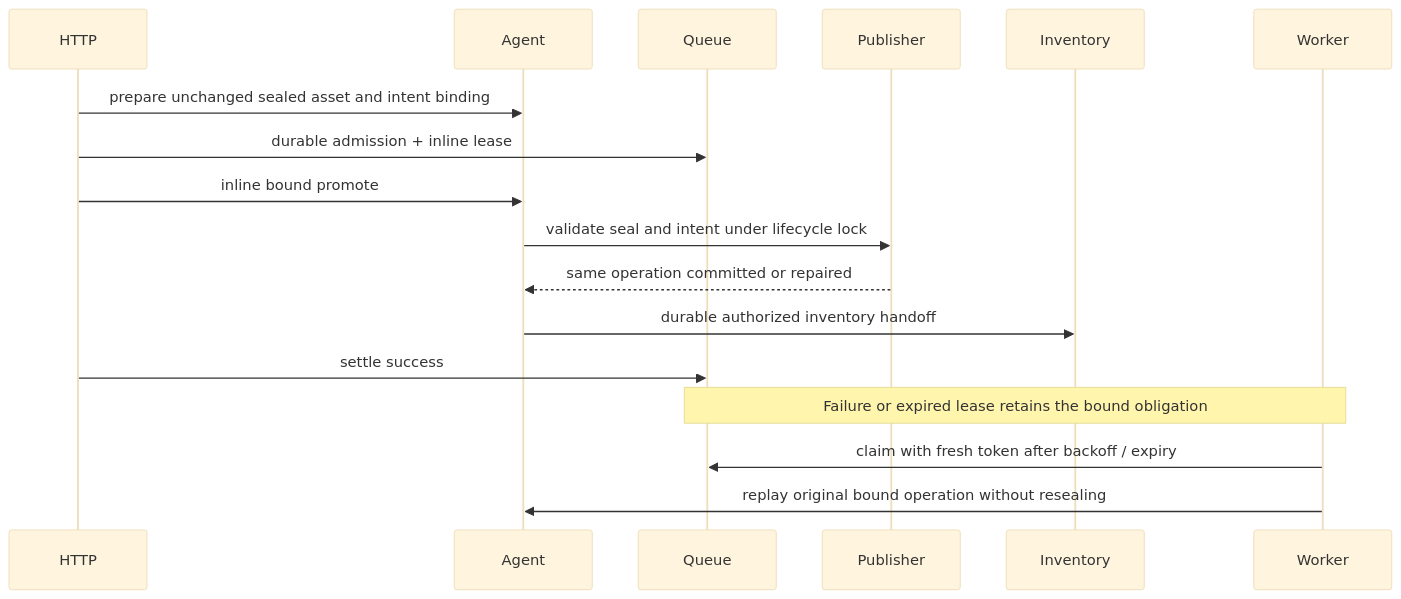
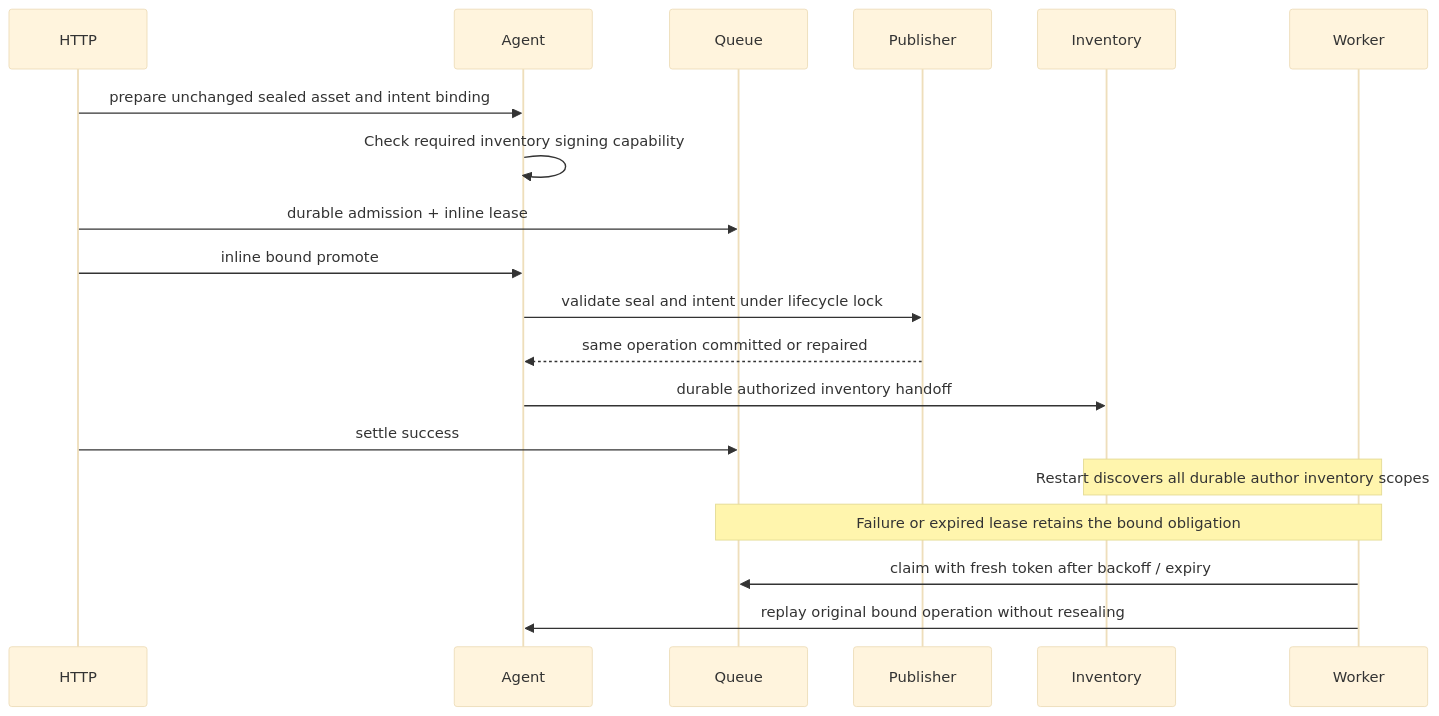
The second of 2 diagrams in agent-docs/plans/2026-10-16-2963-durable-share-recovery.md (OriginTrail/dkg), drawn with Mermaid (base theme) before and after one commit. The commit also changed other lines of this file and 35 other files, not shown here.

````diff
--- a/agent-docs/plans/2026-10-16-2963-durable-share-recovery.md
+++ b/agent-docs/plans/2026-10-16-2963-durable-share-recovery.md
@@ -106,19 +106,21 @@
 ```mermaid
 sequenceDiagram
   participant HTTP
   participant Agent
   participant Queue
   participant Publisher
   participant Inventory
   participant Worker
   HTTP->>Agent: prepare unchanged sealed asset and intent binding
+  Agent->>Agent: Check required inventory signing capability
   HTTP->>Queue: durable admission + inline lease
   HTTP->>Agent: inline bound promote
   Agent->>Publisher: validate seal and intent under lifecycle lock
   Publisher-->>Agent: same operation committed or repaired
   Agent->>Inventory: durable authorized inventory handoff
   HTTP->>Queue: settle success
+  Note over Inventory,Worker: Restart discovers all durable author inventory scopes
   Note over Queue,Worker: Failure or expired lease retains the bound obligation
   Worker->>Queue: claim with fresh token after backoff / expiry
   Worker->>Agent: replay original bound operation without resealing
 ```
````
